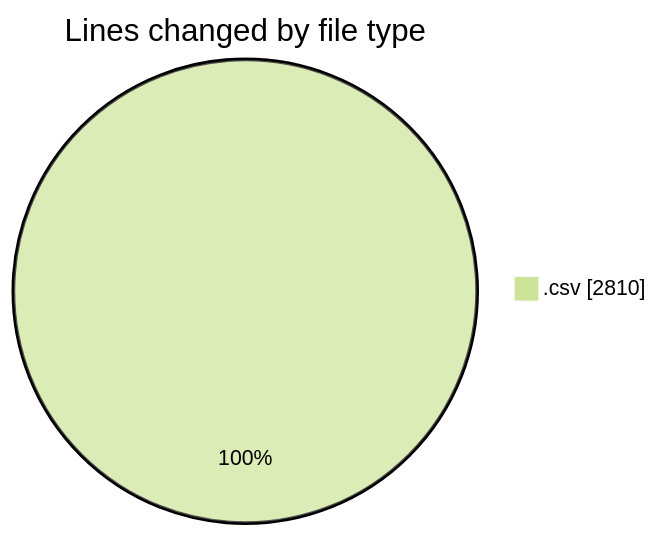
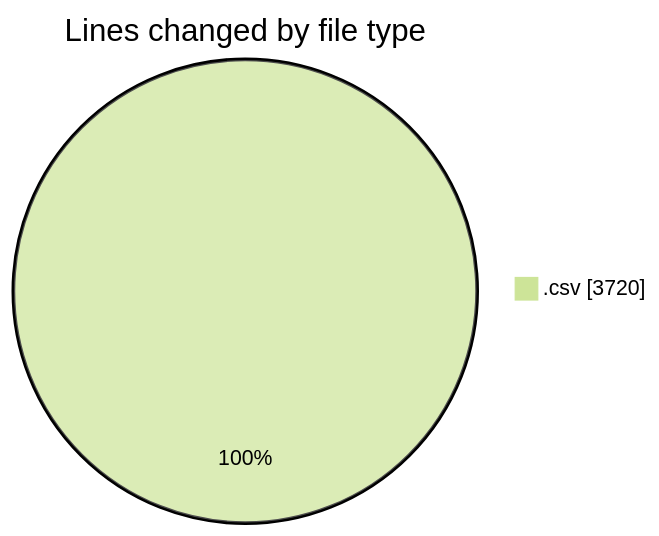
The first of 2 diagrams in 2025-07-23/transactions-new/README.md (EIIisD/code-tracking), drawn with Mermaid (forest theme) before and after one commit. The commit also changed other lines of this file and 1 other file, not shown here.

````diff
--- a/2025-07-23/transactions-new/README.md
+++ b/2025-07-23/transactions-new/README.md
@@ -21,5 +23,5 @@
 ```mermaid
 pie showData
 title Lines changed by file type
-".csv" : 2810
+".csv" : 3720
 ```
````
